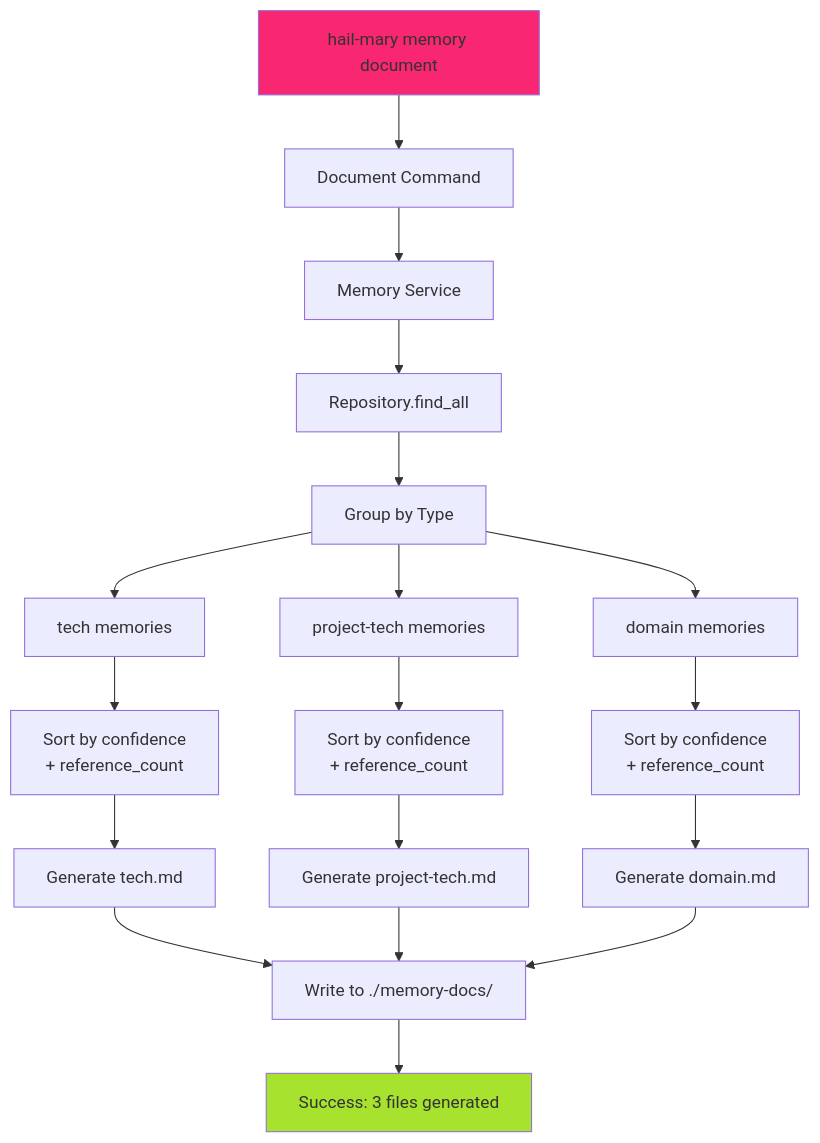
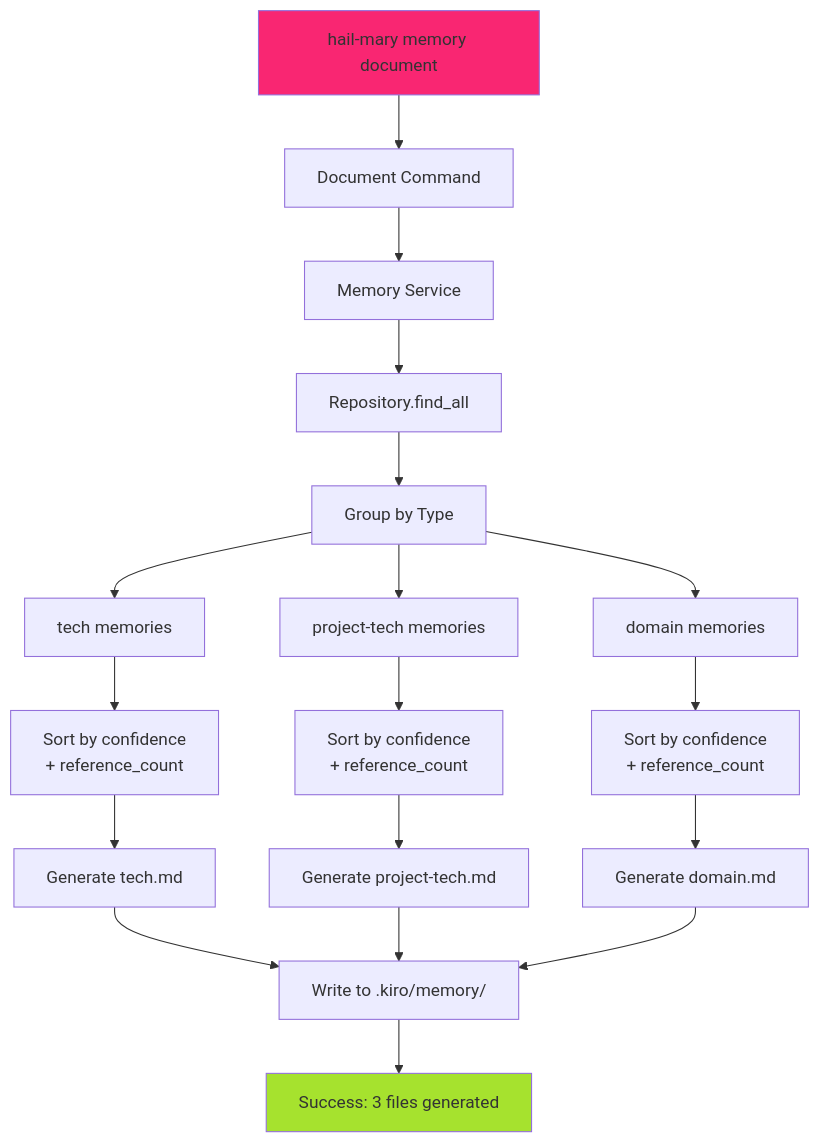
The fourth of 5 diagrams in .kiro/specs/2025-08-16-memory-mcp/design-v3.md (ashigirl96/hail-mary), drawn with Mermaid before and after one commit. The commit also changed other lines of this file, not shown here.

````diff
--- a/.kiro/specs/2025-08-16-memory-mcp/design-v3.md
+++ b/.kiro/specs/2025-08-16-memory-mcp/design-v3.md
@@ -414,38 +396,38 @@
 ```mermaid
 %%{init: {
   'theme': 'dark',
   'themeCSS': '
     .nodeLabel { color: #FD971F !important; }
     .edgeLabel { color: #A6E22E !important; background-color: transparent !important; }
     .cluster rect { fill: #272822 !important; stroke: #F92672 !important; stroke-width: 2px !important; rx: 5px !important; ry: 5px !important; }
     .node rect, .node circle, .node ellipse, .node polygon, .node path { fill: #272822 !important; stroke: #A6E22E !important; stroke-width: 2px !important; }
     .flowchart-link { stroke: #66D9EF !important; stroke-width: 2px !important; }
   '
 }}%%
 flowchart TD
     A[hail-mary memory document] --> B[Document Command]
     B --> C[Memory Service]
     C --> D[Repository.find_all]
     
     D --> E[Group by Type]
     E --> F[tech memories]
     E --> G[project-tech memories]
     E --> H[domain memories]
     
     F --> I[Sort by confidence<br/>+ reference_count]
     G --> J[Sort by confidence<br/>+ reference_count]
     H --> K[Sort by confidence<br/>+ reference_count]
     
     I --> L[Generate tech.md]
     J --> M[Generate project-tech.md]
     K --> N[Generate domain.md]
     
-    L --> O[Write to ./memory-docs/]
+    L --> O[Write to .kiro/memory/]
     M --> O
     N --> O
     
     O --> P[Success: 3 files generated]
     
     style A fill:#F92672
     style P fill:#A6E22E
 ```
````
